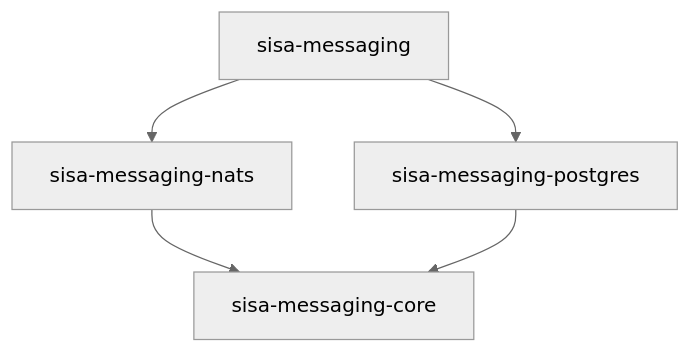
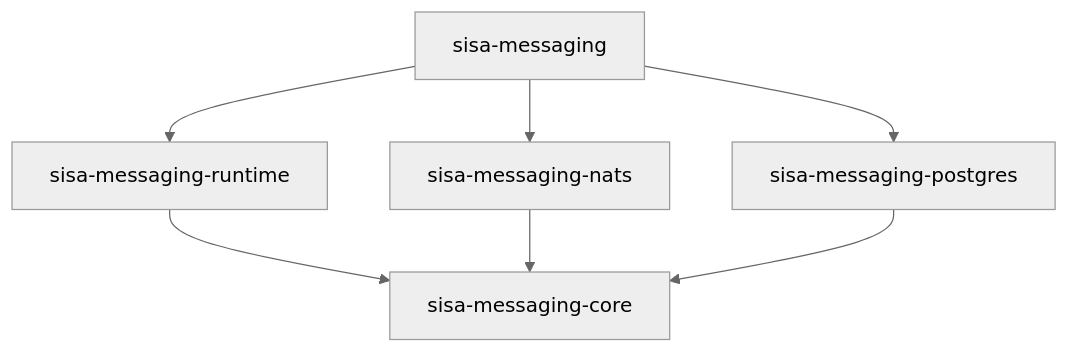
The diagram in docs/01-architecture.md (sisaio/sisa-messaging-rs), drawn with Mermaid (neutral theme) before and after one commit. The commit also changed other lines of this file and 18 other files, not shown here.

````diff
--- a/docs/01-architecture.md
+++ b/docs/01-architecture.md
@@ -47,7 +49,9 @@
 ```mermaid
 flowchart TD
-    facade[sisa-messaging] --> nats[sisa-messaging-nats]
+    facade[sisa-messaging] --> runtime[sisa-messaging-runtime]
+    facade --> nats[sisa-messaging-nats]
     facade --> postgres[sisa-messaging-postgres]
-    nats --> core[sisa-messaging-core]
+    runtime --> core[sisa-messaging-core]
+    nats --> core
     postgres --> core
 ```
````
